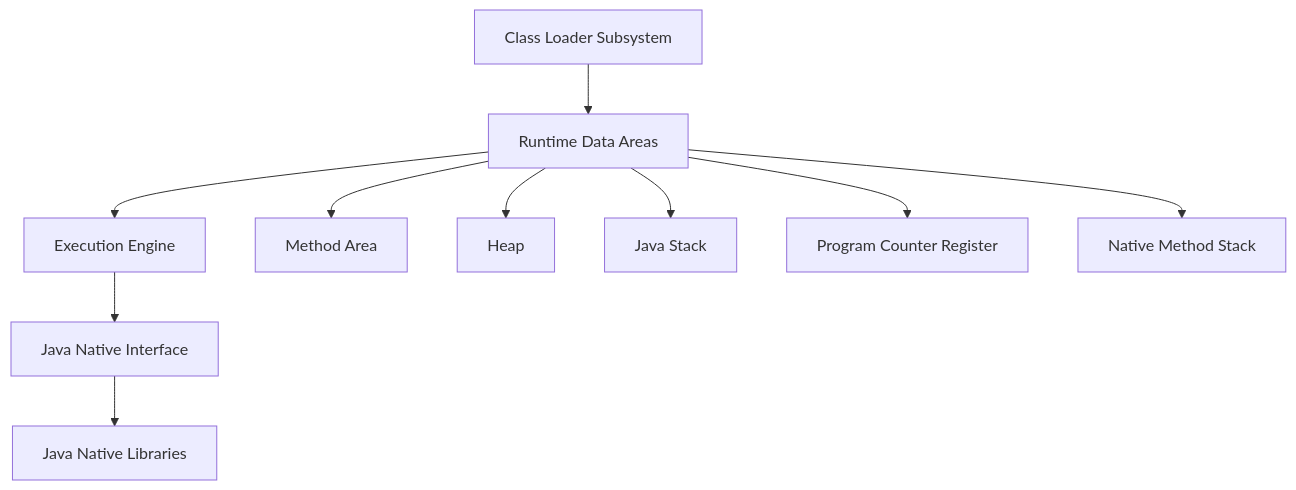
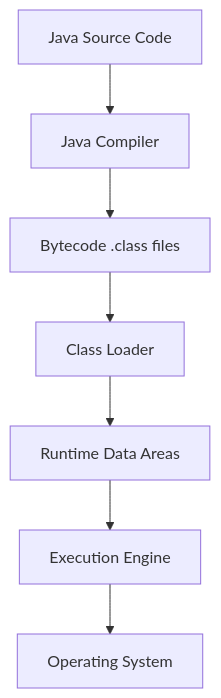
Before and after one commit to VrushankPatel/interview-matters: the diagram in jvm-internals-and-class-loading/README.md, drawn with Mermaid. The commit also changed other lines of this file and 3 other files, not shown here.

Commit message:
kb: add/update topics Collections & Data Structures, Java Stream API & Functional Programming, System Design Basics, High Scalability Patterns, CAP Theorem & Distributed Systems

````diff
--- a/jvm-internals-and-class-loading/README.md
+++ b/jvm-internals-and-class-loading/README.md
@@ -21,13 +26,9 @@
 ```mermaid
 graph TD
-    A[Class Loader Subsystem] --> B[Runtime Data Areas]
-    B --> C[Execution Engine]
-    C --> D[Java Native Interface]
-    D --> E[Java Native Libraries]
-    
-    B --> F[Method Area]
-    B --> G[Heap]
-    B --> H[Java Stack]
-    B --> I[Program Counter Register]
-    B --> J[Native Method Stack]
+    A[Java Source Code] --> B[Java Compiler]
+    B --> C[Bytecode .class files]
+    C --> D[Class Loader]
+    D --> E[Runtime Data Areas]
+    E --> F[Execution Engine]
+    F --> G[Operating System]
 ```
````
